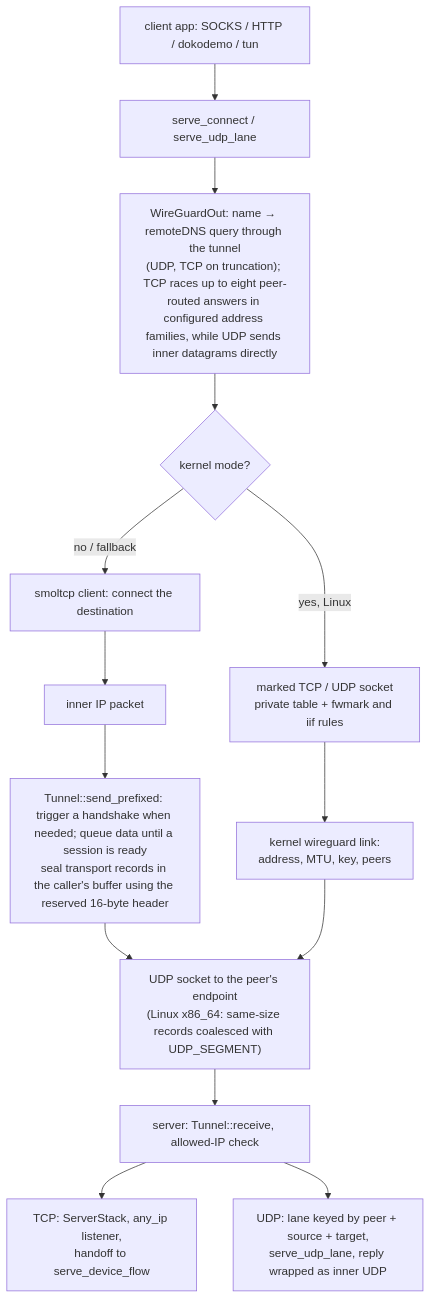
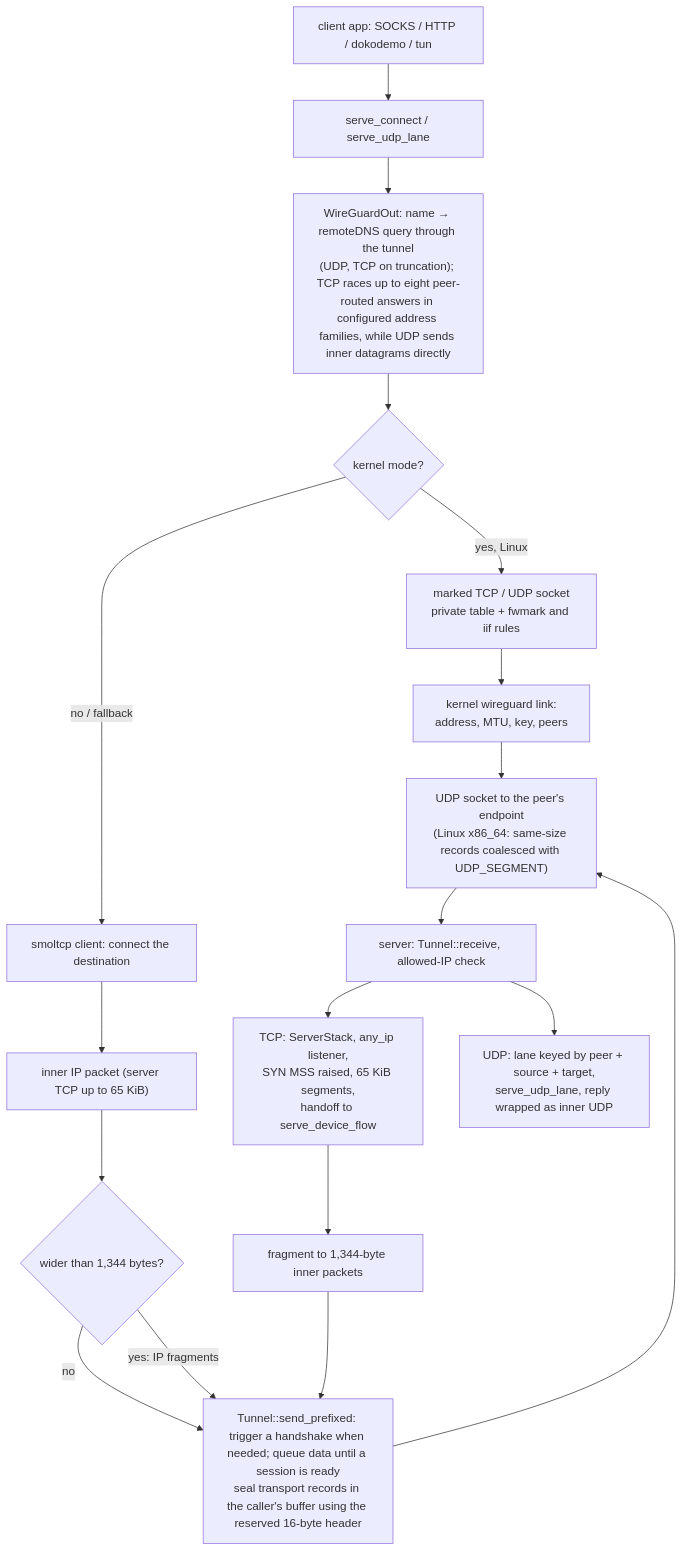
One commit to Ferrocite/ferrox changed the diagram in docs/function/wireguard.md. Above: the diagram before and after it, drawn with Mermaid. The commit also changed other lines of this file and 3 other files, not shown here.

Commit message:
wg-stack: write 64 KiB segments and reassemble inner fragments

````diff
--- a/docs/function/wireguard.md
+++ b/docs/function/wireguard.md
@@ -23,16 +23,20 @@
 ```mermaid
 graph TD
     A["client app: SOCKS / HTTP / dokodemo / tun"] --> B["serve_connect / serve_udp_lane"]
     B --> C["WireGuardOut: name → remoteDNS query through the tunnel<br/>(UDP, TCP on truncation); TCP races up to eight peer-routed answers in configured address families, while UDP sends inner datagrams directly"]
     C --> K{"kernel mode?"}
     K -->|yes, Linux| L["marked TCP / UDP socket<br/>private table + fwmark and iif rules"]
     L --> M["kernel wireguard link:<br/>address, MTU, key, peers"]
     K -->|no / fallback| N["smoltcp client: connect the destination"]
-    N --> D["inner IP packet"]
-    D --> E["Tunnel::send_prefixed: trigger a handshake when needed; queue data until a session is ready<br/>seal transport records in the caller's buffer using the reserved 16-byte header"]
+    N --> D["inner IP packet (server TCP up to 65 KiB)"]
+    D --> D2{"wider than 1,344 bytes?"}
+    D2 -->|no| E
+    D2 -->|"yes: IP fragments"| E["Tunnel::send_prefixed: trigger a handshake when needed; queue data until a session is ready<br/>seal transport records in the caller's buffer using the reserved 16-byte header"]
     E --> F["UDP socket to the peer's endpoint<br/>(Linux x86_64: same-size records coalesced with UDP_SEGMENT)"]
     M --> F
     F --> G["server: Tunnel::receive, allowed-IP check"]
-    G --> H["TCP: ServerStack, any_ip listener,<br/>handoff to serve_device_flow"]
+    G --> H["TCP: ServerStack, any_ip listener,<br/>SYN MSS raised, 65 KiB segments,<br/>handoff to serve_device_flow"]
+    H --> H2["fragment to 1,344-byte inner packets"]
+    H2 --> E
     G --> I["UDP: lane keyed by peer + source + target,<br/>serve_udp_lane, reply wrapped as inner UDP"]
 ```
````
